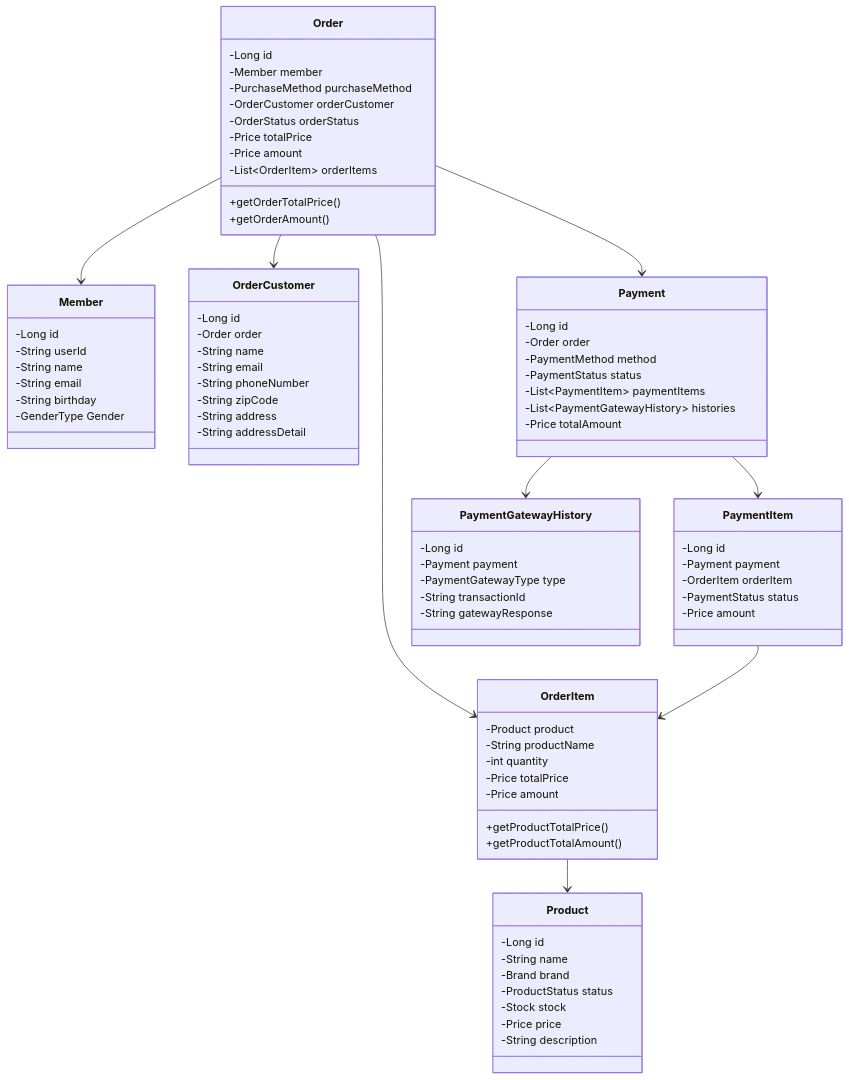
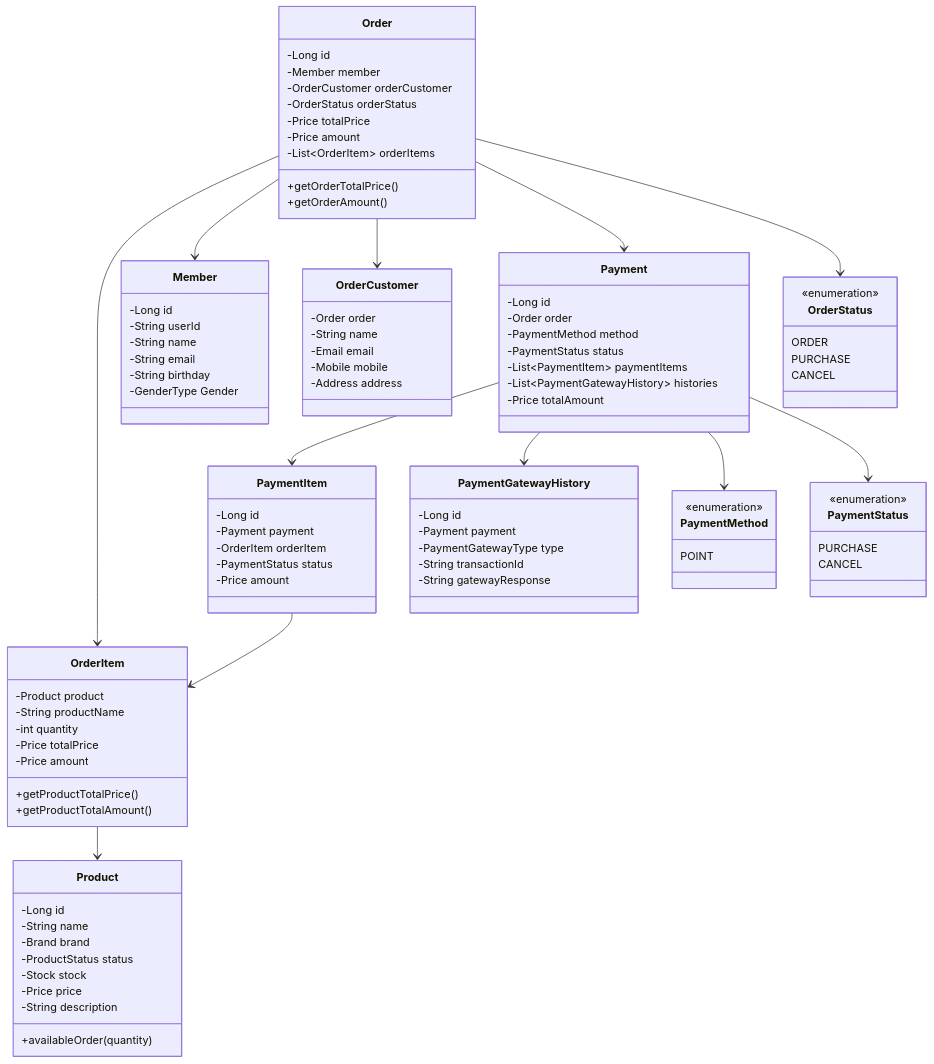
Before and after one commit to kiekk/gamsung-commerce: the second of 3 diagrams in docs/design/03-class-diagrams.md, drawn with Mermaid. The commit also changed other lines of this file, not shown here.

Commit message:
docs: 클래스 다이어그램 추가
* enum 추가
* Member -> User 수정

````diff
--- a/docs/design/03-class-diagrams.md
+++ b/docs/design/03-class-diagrams.md
@@ -69,6 +74,7 @@
         -Stock stock
         -Price price
         -String description
+        +availableOrder(quantity)
     }
 %% 사용자
     class Member {
@@ -83,7 +89,6 @@
     class Order {
         -Long id
         -Member member
-        -PurchaseMethod purchaseMethod
         -OrderCustomer orderCustomer
         -OrderStatus orderStatus
         -Price totalPrice
@@ -92,16 +97,20 @@
         +getOrderTotalPrice()
         +getOrderAmount()
     }
+%% 주문 상태 enum 정의
+    class OrderStatus {
+        <<enumeration>>
+        ORDER
+        PURCHASE
+        CANCEL
+    }
 %% 주문자 정보
     class OrderCustomer {
-        -Long id
         -Order order
         -String name
-        -String email
-        -String phoneNumber
-        -String zipCode
-        -String address
-        -String addressDetail
+        -Email email
+        -Mobile mobile
+        -Address address
     }
 %% 주문 상품
     class OrderItem {
@@ -122,6 +131,17 @@
         -List~PaymentItem~ paymentItems
         -List~PaymentGatewayHistory~ histories
         -Price totalAmount
+    }
+%% 결제 방식 enum 정의
+    class PaymentMethod {
+        <<enumeration>>
+        POINT
+    }
+%% 결제 상태 enum 정의
+    class PaymentStatus {
+        <<enumeration>>
+        PURCHASE
+        CANCEL
     }
 %% 결제 아이템
     class PaymentItem {
@@ -148,4 +168,7 @@
     Payment --> PaymentItem
     PaymentItem --> OrderItem
     Payment --> PaymentGatewayHistory
+    Payment --> PaymentMethod
+    Payment --> PaymentStatus
+    Order --> OrderStatus
 ```
````
